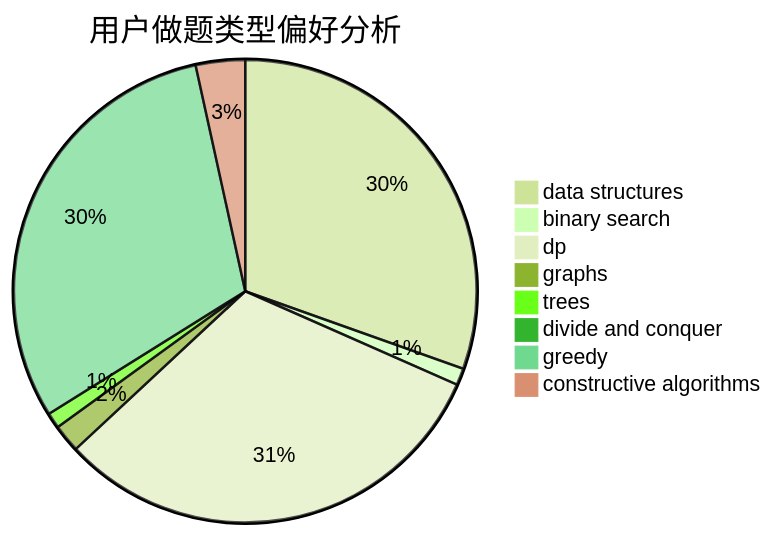
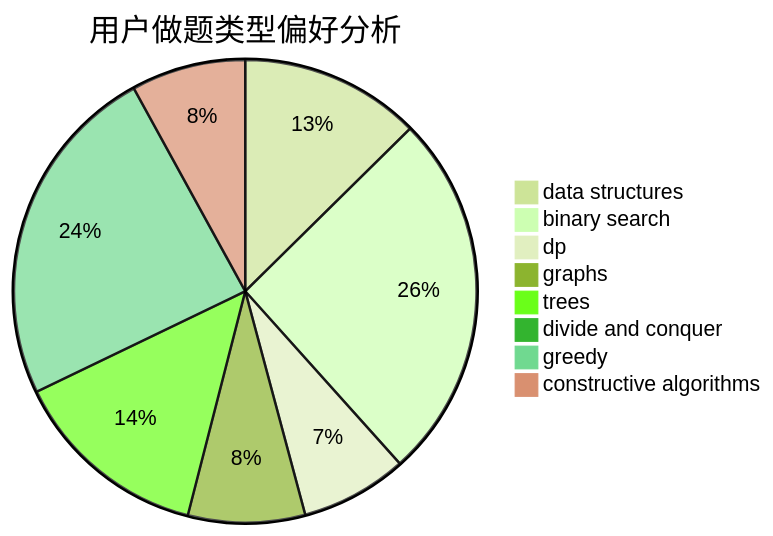
One commit to sherpahu/cfrs.github.io changed the second of 3 diagrams in docs/user/u2610.md. Above: the diagram before and after it, drawn with Mermaid (forest theme). The commit also changed other lines of this file and 2770 other files, not shown here.

````diff
--- a/docs/user/u2610.md
+++ b/docs/user/u2610.md
@@ -23,11 +23,11 @@
 ```mermaid
 pie title 用户做题类型偏好分析
-    "data structures" :  389
-    "binary search" :  15
-    "dp" :  402
-    "graphs" :  25
-    "trees" :  14
-    "divide and conquer" :  0
-    "greedy" :  389
-    "constructive algorithms" :  44
+    "data structures" :  71
+    "binary search" :  145
+    "dp" :  42
+    "graphs" :  46
+    "trees" :  78
+    "divide and conquer" :  1
+    "greedy" :  136
+    "constructive algorithms" :  45
 ```
````
